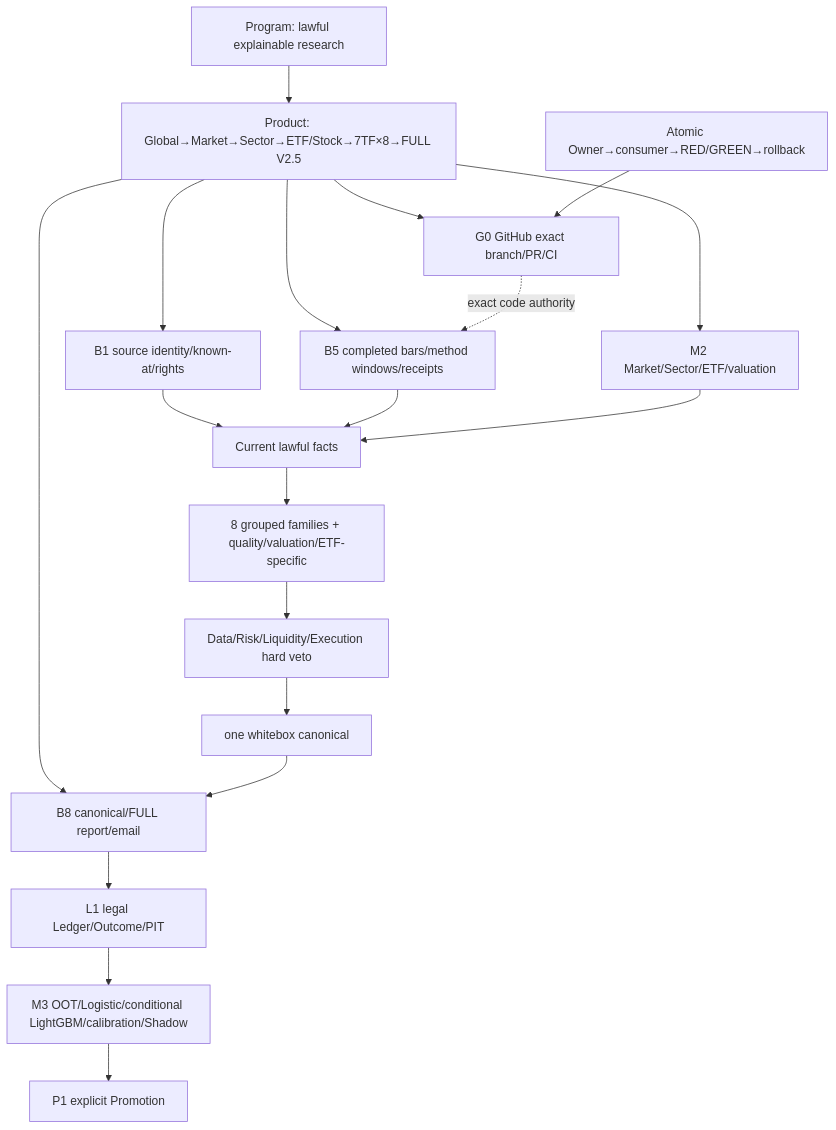
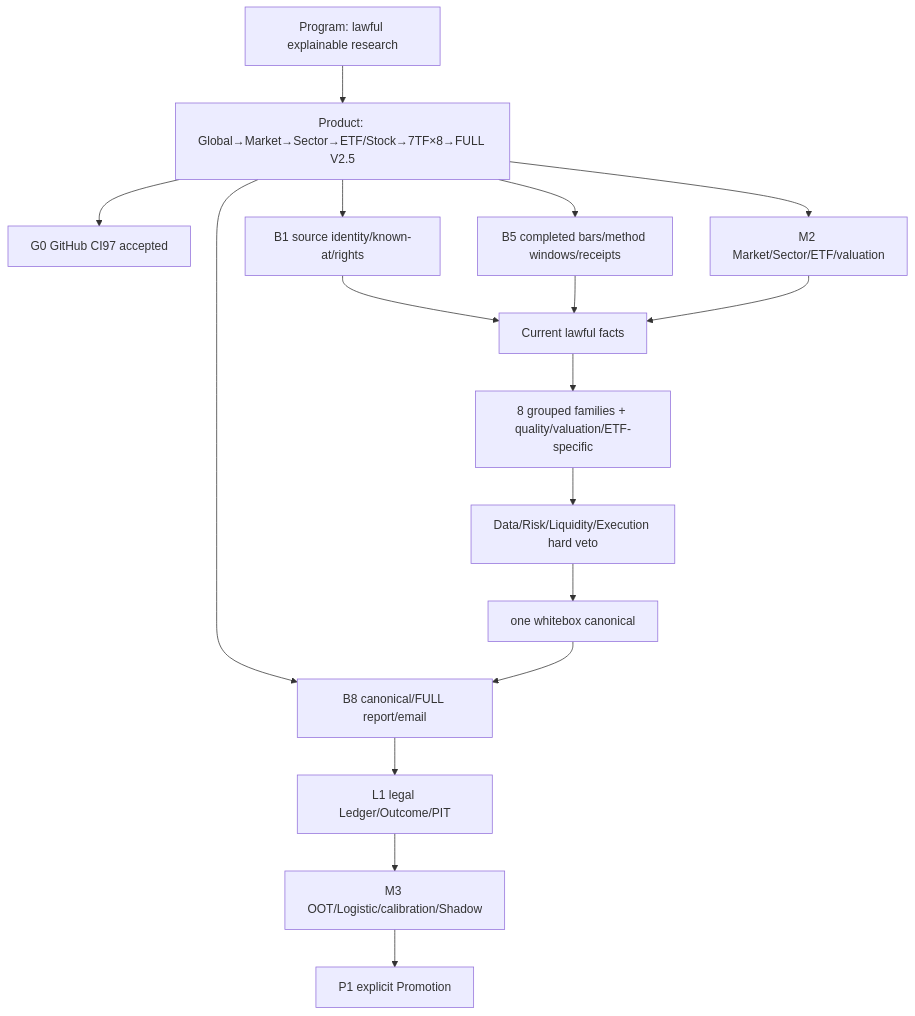
Before and after one commit to leeningzzu/dsa-market-research: the diagram in docs/stock-dsa-roadmap.md, drawn with Mermaid. The commit also changed other lines of this file and 3 other files, not shown here.

````diff
--- a/docs/stock-dsa-roadmap.md
+++ b/docs/stock-dsa-roadmap.md
@@ -22,21 +22,19 @@
 ```mermaid
 flowchart TD
   PROGRAM[Program: lawful explainable research] --> PRODUCT[Product: Global→Market→Sector→ETF/Stock→7TF×8→FULL V2.5]
-  PRODUCT --> G0[G0 GitHub exact branch/PR/CI]
+  PRODUCT --> G0[G0 GitHub CI97 accepted]
   PRODUCT --> B1[B1 source identity/known-at/rights]
   PRODUCT --> B5[B5 completed bars/method windows/receipts]
   PRODUCT --> M2[M2 Market/Sector/ETF/valuation]
   PRODUCT --> B8[B8 canonical/FULL report/email]
   B8 --> L1[L1 legal Ledger/Outcome/PIT]
-  L1 --> M3[M3 OOT/Logistic/conditional LightGBM/calibration/Shadow]
+  L1 --> M3[M3 OOT/Logistic/calibration/Shadow]
   M3 --> P1[P1 explicit Promotion]
   B1 --> FACTS[Current lawful facts]
   B5 --> FACTS
   M2 --> FACTS
   FACTS --> EIGHT[8 grouped families + quality/valuation/ETF-specific]
   EIGHT --> VETO[Data/Risk/Liquidity/Execution hard veto]
   VETO --> CANONICAL[one whitebox canonical]
   CANONICAL --> B8
-  G0 -. exact code authority .-> B5
-  ATOMIC[Atomic Owner→consumer→RED/GREEN→rollback] --> G0
 ```
````
